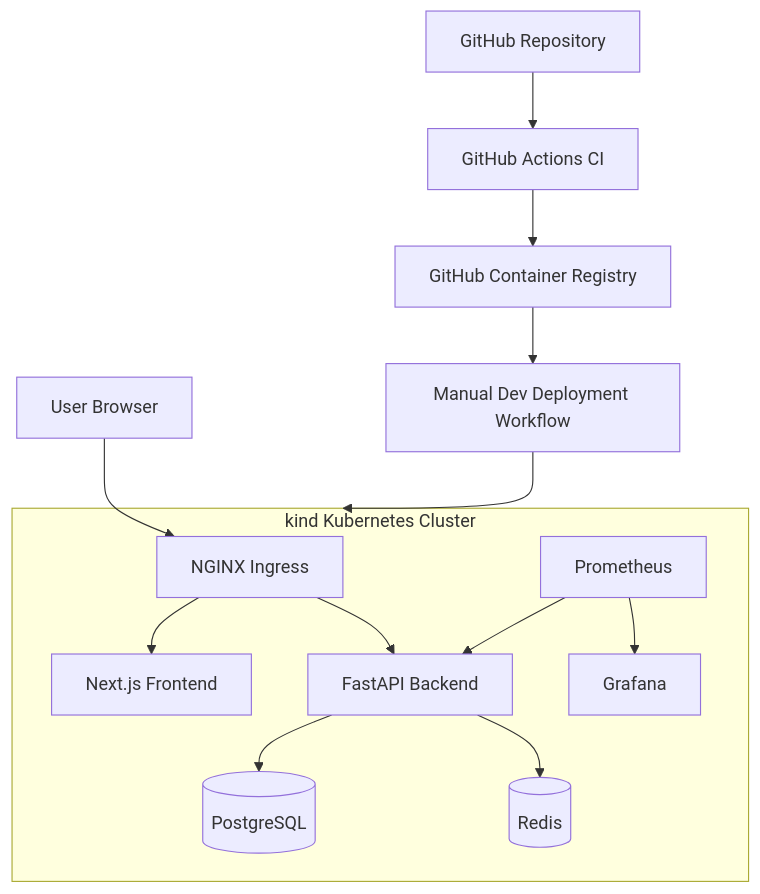
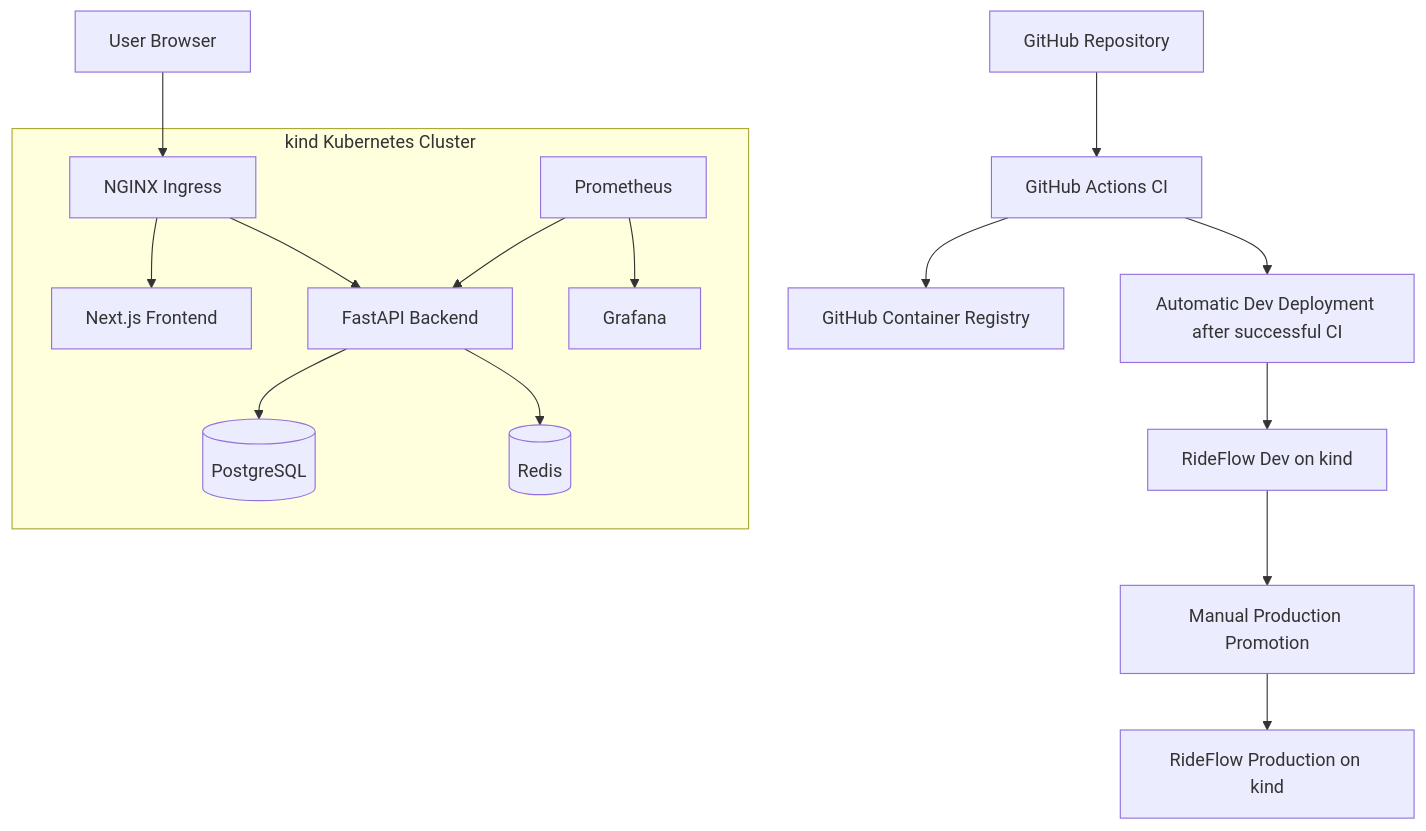
One commit to hamidgurmani/bcdapps-devops-assessment changed the diagram in README.md. Above: the diagram before and after it, drawn with Mermaid. The commit also changed other lines of this file, not shown here.

Commit message:
Update deployment documentation

````diff
--- a/README.md
+++ b/README.md
@@ -11,26 +11,28 @@
 ```mermaid
 flowchart TB
     User[User Browser] --> Ingress[NGINX Ingress]
     Ingress --> Frontend[Next.js Frontend]
     Ingress --> Backend[FastAPI Backend]
     Backend --> PostgreSQL[(PostgreSQL)]
     Backend --> Redis[(Redis)]
 
     subgraph Kubernetes[kind Kubernetes Cluster]
         Ingress
         Frontend
         Backend
         PostgreSQL
         Redis
         Monitoring[Prometheus]
         Grafana[Grafana]
     end
 
     Monitoring --> Backend
     Monitoring --> Grafana
 
     GitHub[GitHub Repository] --> CI[GitHub Actions CI]
     CI --> Registry[GitHub Container Registry]
-    Registry --> Deploy[Manual Dev Deployment Workflow]
-    Deploy --> Kubernetes
+    CI --> DevDeploy[Automatic Dev Deployment after successful CI]
+    DevDeploy --> Dev[RideFlow Dev on kind]
+    Dev --> ProdDeploy[Manual Production Promotion]
+    ProdDeploy --> Prod[RideFlow Production on kind]
 ```
````
